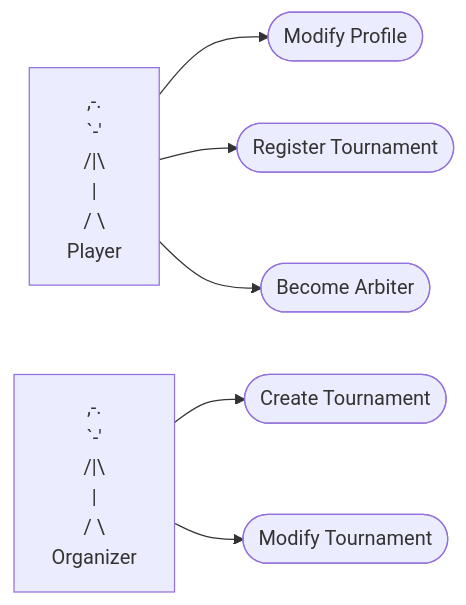
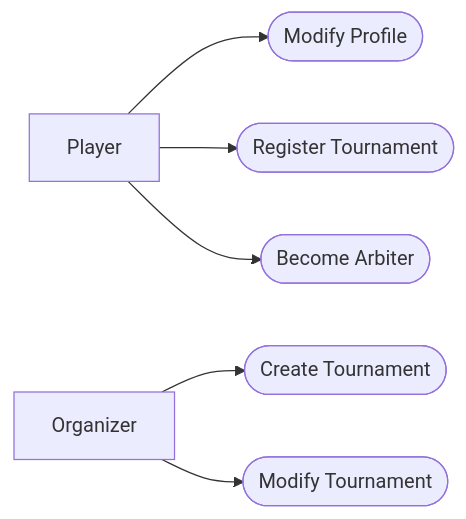
The first of 2 diagrams in quarto-site/doc/UML/UML.qmd (ludo2ne/ENSAI-2A-remise-a-niveau), drawn with Mermaid before and after one commit. The commit also changed 22 other files, not shown here.

````diff
--- a/quarto-site/doc/UML/UML.qmd
+++ b/quarto-site/doc/UML/UML.qmd
@@ -59,13 +59,13 @@
 ```{mermaid}
 graph LR
 
-  player[",-. \n`-' \n/|\ \n |\n/ \ \n Player"]
-  organizer[",-. \n`-' \n/|\ \n |\n/ \ \n Organizer"]
+  player["Player"]
+  organizer["Organizer"]
 
   player --> modifyProfile([Modify Profile])
   player --> register([Register Tournament])
   player --> becomeArbiter([Become Arbiter])
   
   organizer --> createTournament([Create   Tournament])
   organizer --> modifyTournament([Modify Tournament])
 ```
````
